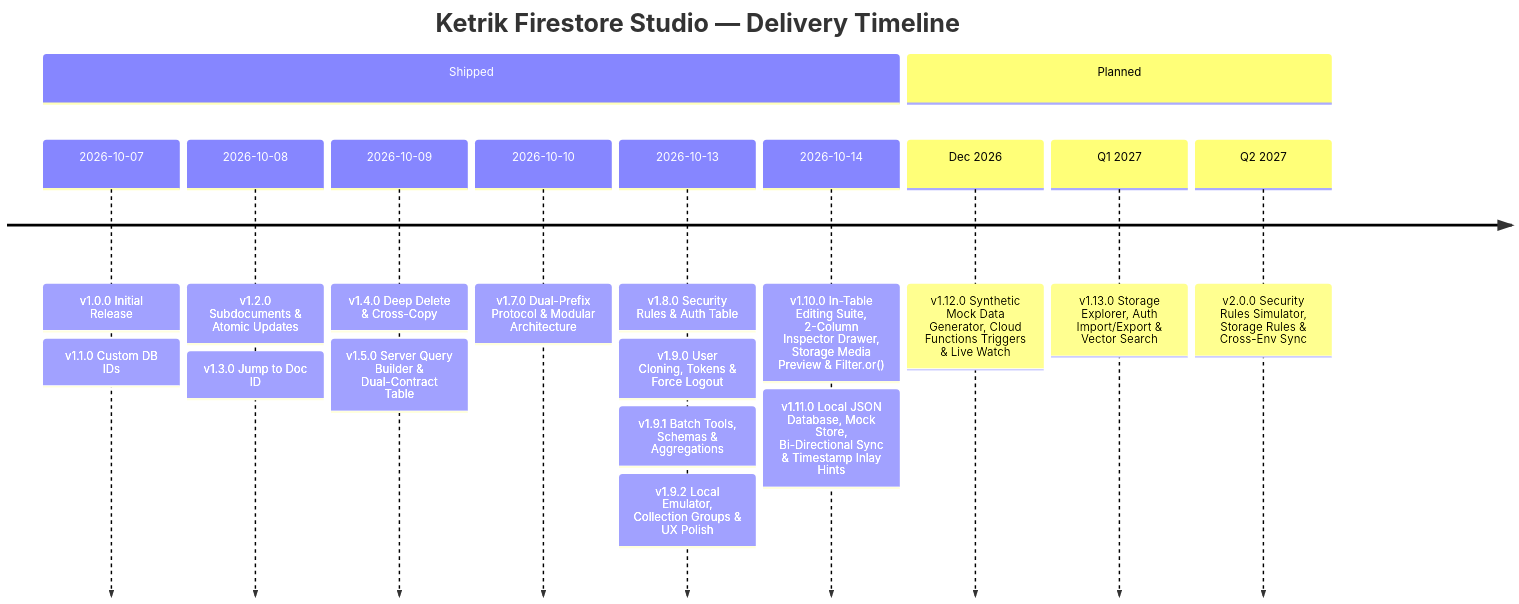
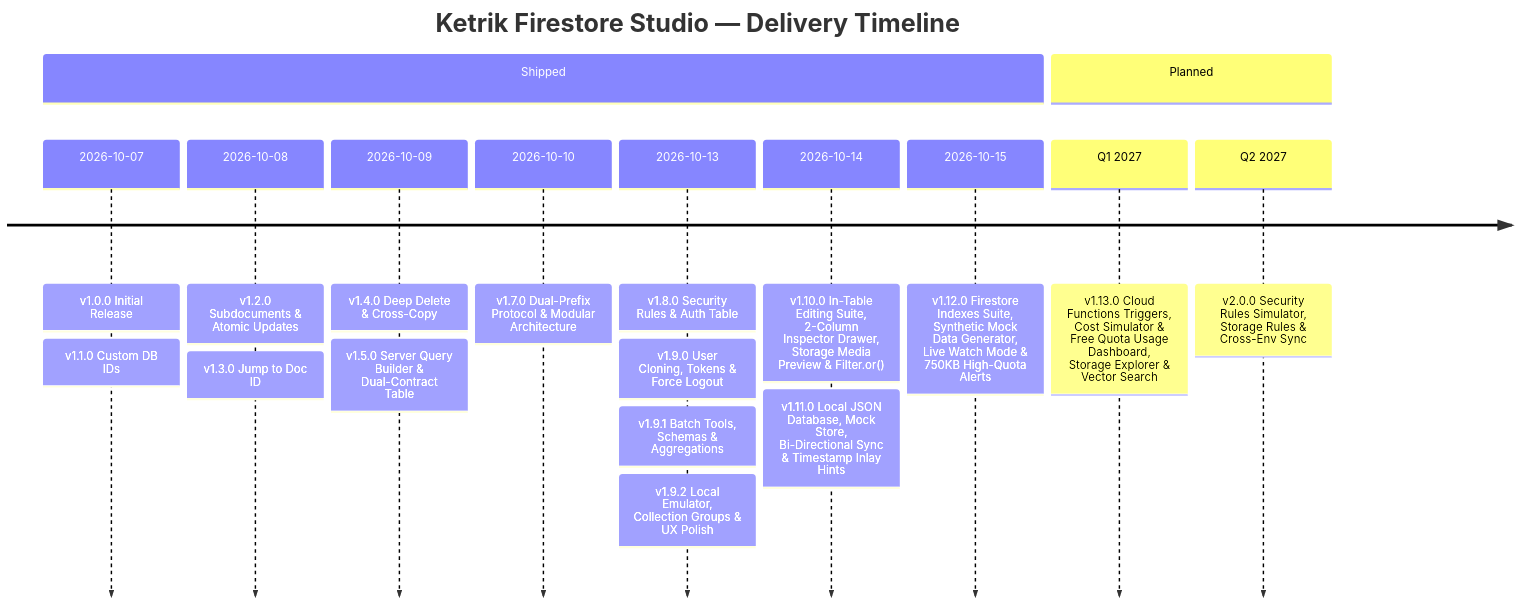
The diagram in ROADMAP.md (ketrik/ketrik-firestore-studio), drawn with Mermaid before and after one commit. The commit also changed other lines of this file and 17 other files, not shown here.

````diff
--- a/ROADMAP.md
+++ b/ROADMAP.md
@@ -5,15 +5,15 @@
 ```mermaid
 timeline
     title Ketrik Firestore Studio — Delivery Timeline
     section Shipped
         2026-10-07 : v1.0.0 Initial Release : v1.1.0 Custom DB IDs
         2026-10-08 : v1.2.0 Subdocuments & Atomic Updates : v1.3.0 Jump to Doc ID
         2026-10-09 : v1.4.0 Deep Delete & Cross-Copy : v1.5.0 Server Query Builder & Dual-Contract Table
         2026-10-10 : v1.7.0 Dual-Prefix Protocol & Modular Architecture
         2026-10-13 : v1.8.0 Security Rules & Auth Table : v1.9.0 User Cloning, Tokens & Force Logout : v1.9.1 Batch Tools, Schemas & Aggregations : v1.9.2 Local Emulator, Collection Groups & UX Polish
         2026-10-14 : v1.10.0 In-Table Editing Suite, 2-Column Inspector Drawer, Storage Media Preview & Filter.or() : v1.11.0 Local JSON Database, Mock Store, Bi-Directional Sync & Timestamp Inlay Hints
+        2026-10-15 : v1.12.0 Firestore Indexes Suite, Synthetic Mock Data Generator, Live Watch Mode & 750KB High-Quota Alerts
     section Planned
-        Dec 2026 : v1.12.0 Synthetic Mock Data Generator, Cloud Functions Triggers & Live Watch
-        Q1 2027 : v1.13.0 Storage Explorer, Auth Import/Export & Vector Search
+        Q1 2027 : v1.13.0 Cloud Functions Triggers, Cost Simulator & Free Quota Usage Dashboard, Storage Explorer & Vector Search
         Q2 2027 : v2.0.0 Security Rules Simulator, Storage Rules & Cross-Env Sync
 ```
````
